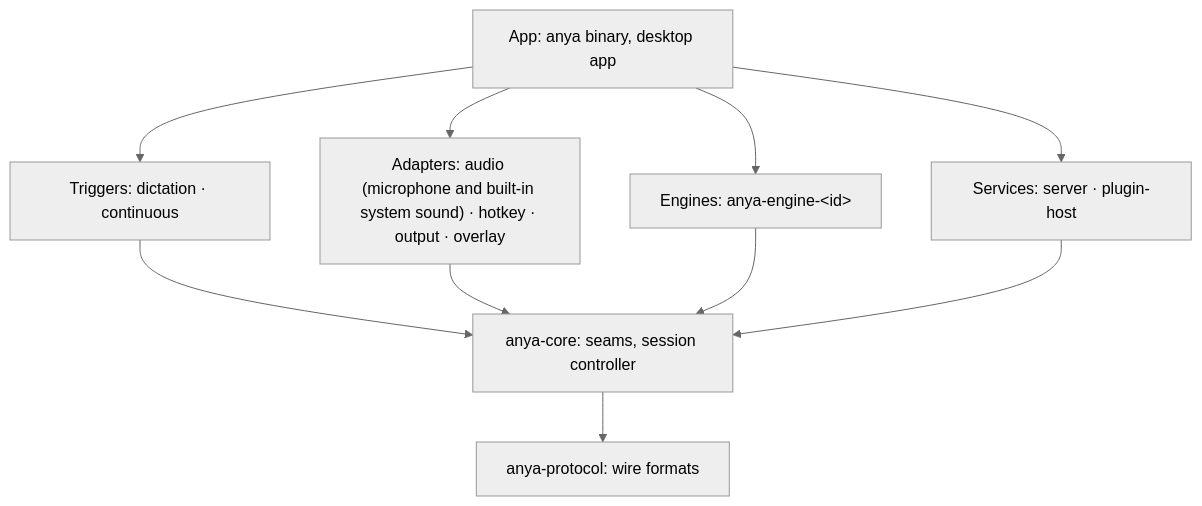
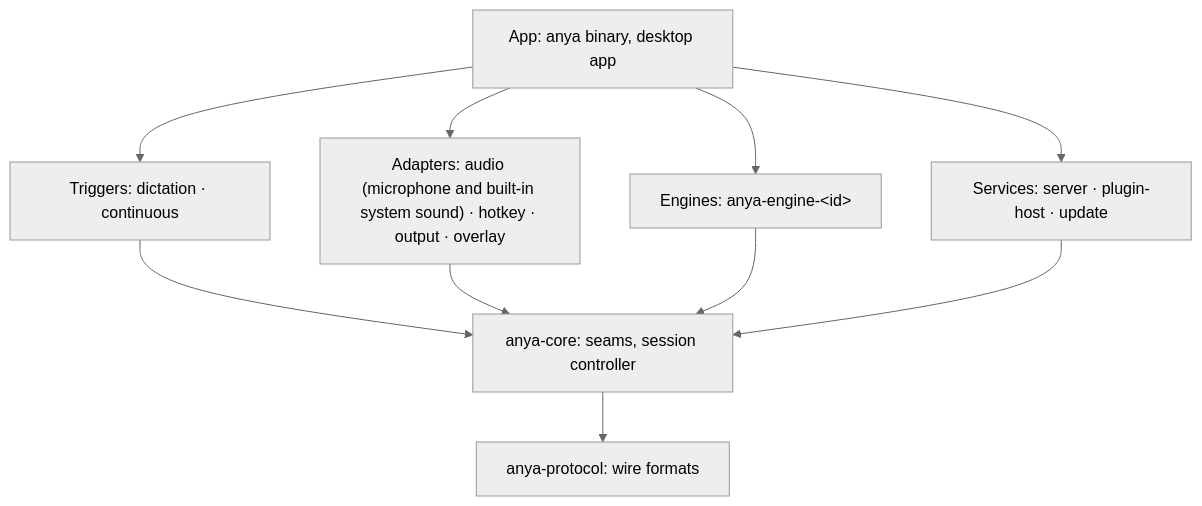
The diagram in ARCHITECTURE.md (wakaka6/anya), drawn with Mermaid (neutral theme) before and after one commit. The commit also changed other lines of this file and 75 other files, not shown here.

````diff
--- a/ARCHITECTURE.md
+++ b/ARCHITECTURE.md
@@ -7,12 +7,12 @@
 ```mermaid
 flowchart TB
   App["App: anya binary, desktop app"]
   Trigger["Triggers: dictation · continuous"]
   Adapter["Adapters: audio (microphone and built-in system sound) · hotkey · output · overlay"]
   Engine["Engines: anya-engine-&lt;id&gt;"]
-  Service["Services: server · plugin-host"]
+  Service["Services: server · plugin-host · update"]
   Core["anya-core: seams, session controller"]
   Protocol["anya-protocol: wire formats"]
   App --> Trigger & Adapter & Engine & Service
   Trigger & Adapter & Engine & Service --> Core --> Protocol
 ```
````
